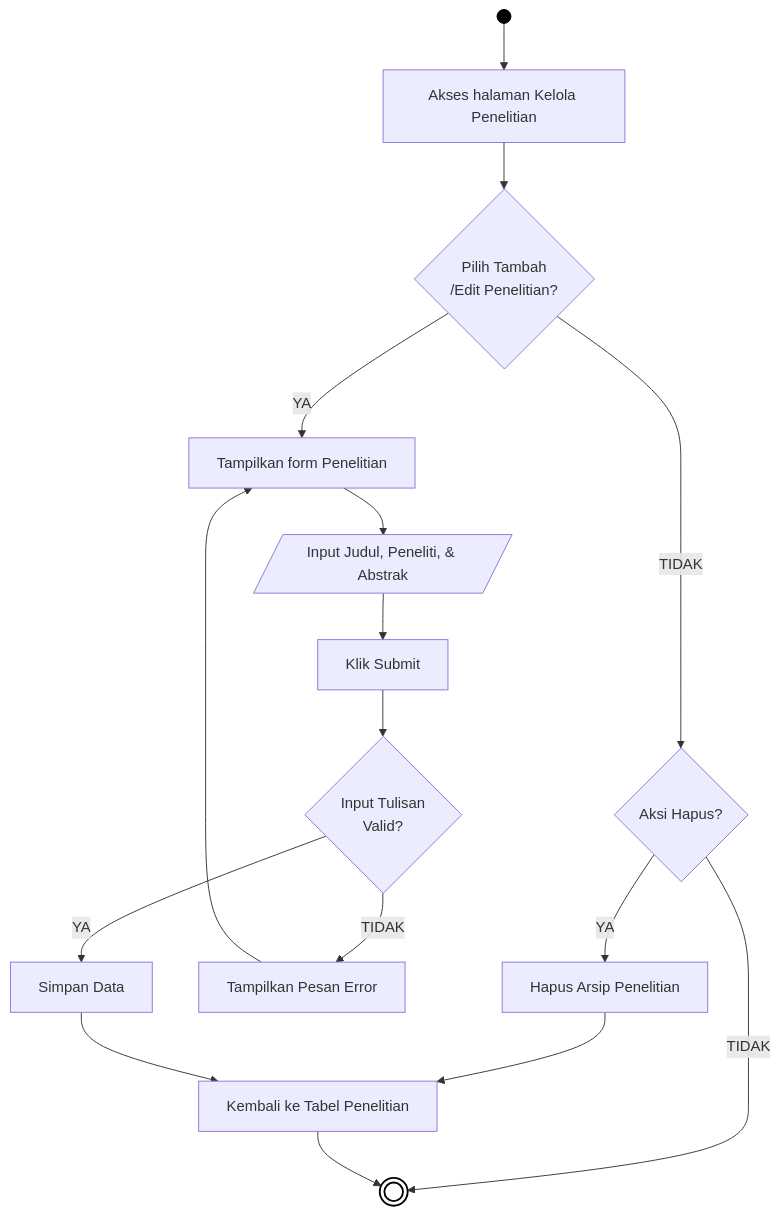
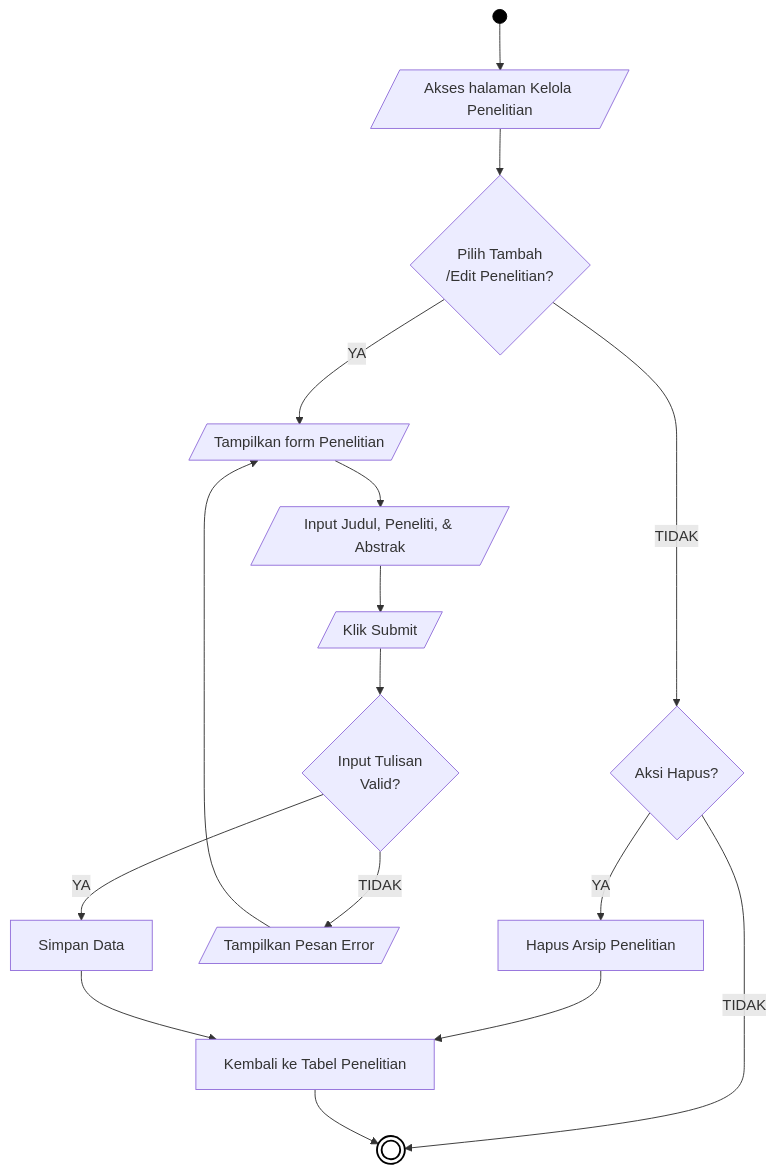
Diagram 15 of 21 in docs/01_DIAGRAM_AKTIVITAS.md (arbain-dev/Web_fikom), drawn with Mermaid before and after one commit. The commit also changed other lines of this file, not shown here.

````diff
--- a/docs/01_DIAGRAM_AKTIVITAS.md
+++ b/docs/01_DIAGRAM_AKTIVITAS.md
@@ -494,26 +494,26 @@
 ```mermaid
 flowchart TD
-    Start(( )) --> A[Akses halaman Kelola Penelitian]
+    Start(( )) --> A[/Akses halaman Kelola Penelitian/]
     
     A --> B{Pilih Tambah\n/Edit Penelitian?}
     
     B -- TIDAK --> Hapus{Aksi Hapus?}
     Hapus -- YA --> HC[Hapus Arsip Penelitian]
     Hapus -- TIDAK --> End((( )))
     HC --> I[Kembali ke Tabel Penelitian]
     
-    B -- YA --> C[Tampilkan form Penelitian]
+    B -- YA --> C[/Tampilkan form Penelitian/]
     C --> D[/Input Judul, Peneliti, & Abstrak/]
-    D --> E[Klik Submit]
+    D --> E[/Klik Submit/]
     
     E --> F{Input Tulisan\nValid?}
-    F -- TIDAK --> G[Tampilkan Pesan Error]
+    F -- TIDAK --> G[/Tampilkan Pesan Error/]
     G --> C
     
     F -- YA --> H[Simpan Data]
     H --> I
     I --> End
     
     style Start fill:#000,stroke:#000,color:#000
     style End fill:#fff,stroke:#000,stroke-width:2px
 ```
````
